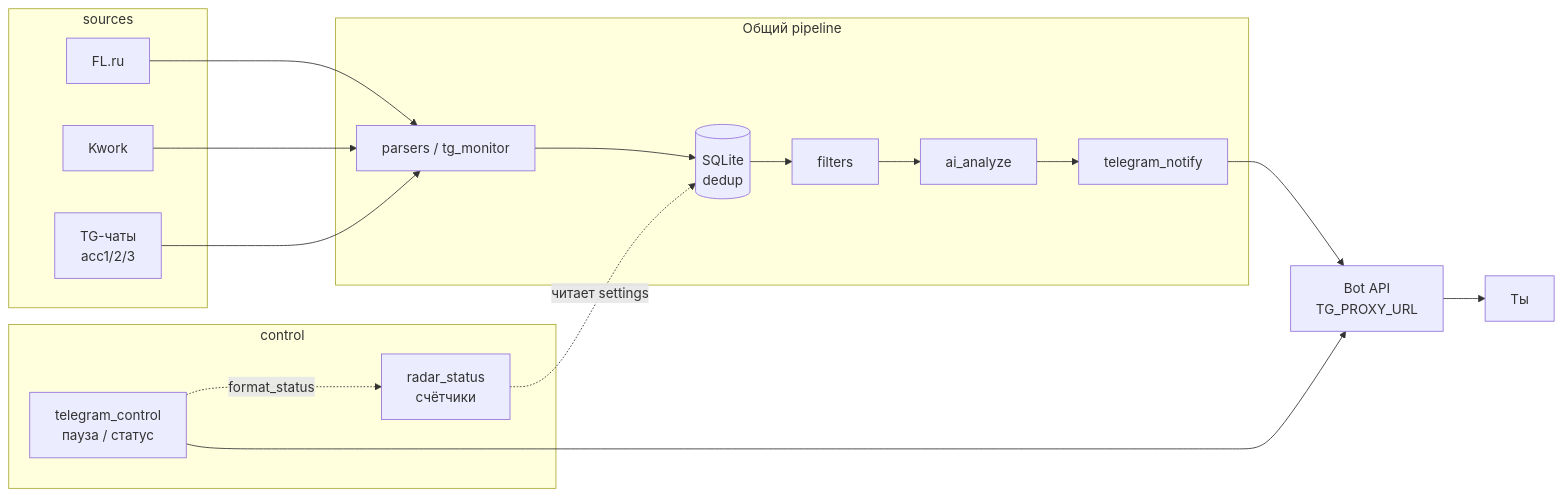
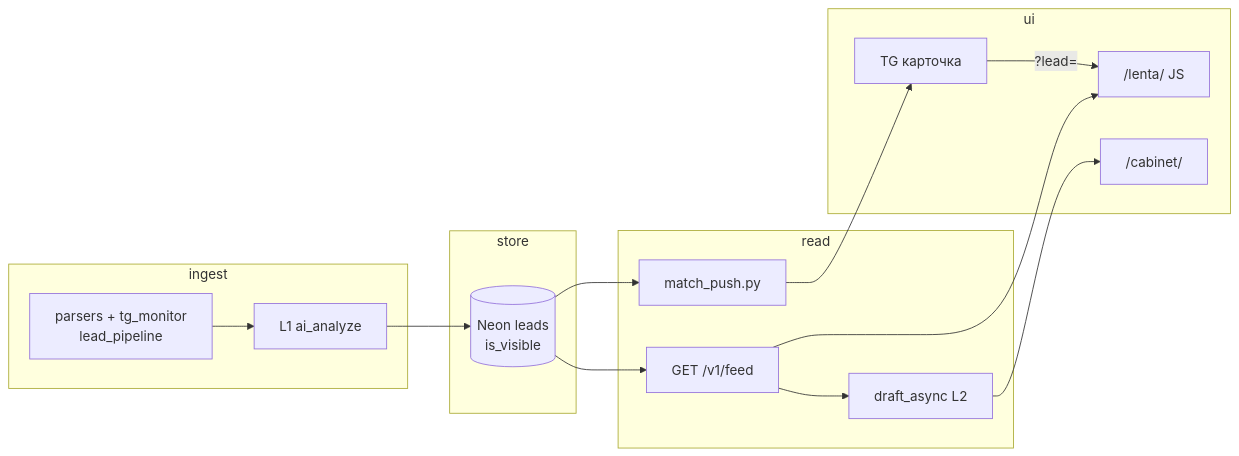
One commit to Rode51/rawlead changed the second of 3 diagrams in docs/team/architect/ARCHITECTURE.md. Above: the diagram before and after it, drawn with Mermaid. The commit also changed other lines of this file and 5 other files, not shown here.

First line of the commit message:
docs: ARCHITECTURE v0.12 prod VPS; O121-w2b verify

````diff
--- a/docs/team/architect/ARCHITECTURE.md
+++ b/docs/team/architect/ARCHITECTURE.md
@@ -83,29 +67,26 @@
 ```mermaid
 flowchart LR
-  subgraph sources
-    FL["FL.ru"]
-    KW["Kwork"]
-    TGCH["TG-чаты\nacc1/2/3"]
+  subgraph ingest
+    P["parsers + tg_monitor\nlead_pipeline"]
+    L1["L1 ai_analyze"]
   end
-  subgraph app["Общий pipeline"]
-    P["parsers / tg_monitor"]
-    S[("SQLite\ndedup")]
-    F["filters"]
-    AI["ai_analyze"]
-    N["telegram_notify"]
+  subgraph store
+    N[("Neon leads\nis_visible")]
   end
-  subgraph control
-    TC["telegram_control\nпауза / статус"]
-    RS["radar_status\nсчётчики"]
+  subgraph read
+    F["GET /v1/feed"]
+    MP["match_push.py"]
+    D["draft_async L2"]
   end
-  BOT["Bot API\nTG_PROXY_URL"]
-  U["Ты"]
+  subgraph ui
+    L["/lenta/ JS"]
+    C["/cabinet/"]
+    TG["TG карточка"]
+  end
 
-  FL --> P
-  KW --> P
-  TGCH --> P
-  P --> S --> F --> AI --> N --> BOT --> U
-  TC --> BOT
-  RS -.->|читает settings| S
-  TC -.->|format_status| RS
+  P --> L1 --> N
+  N --> F --> L
+  N --> MP --> TG
+  F --> D --> C
+  TG -->|?lead=| L
 ```
````
